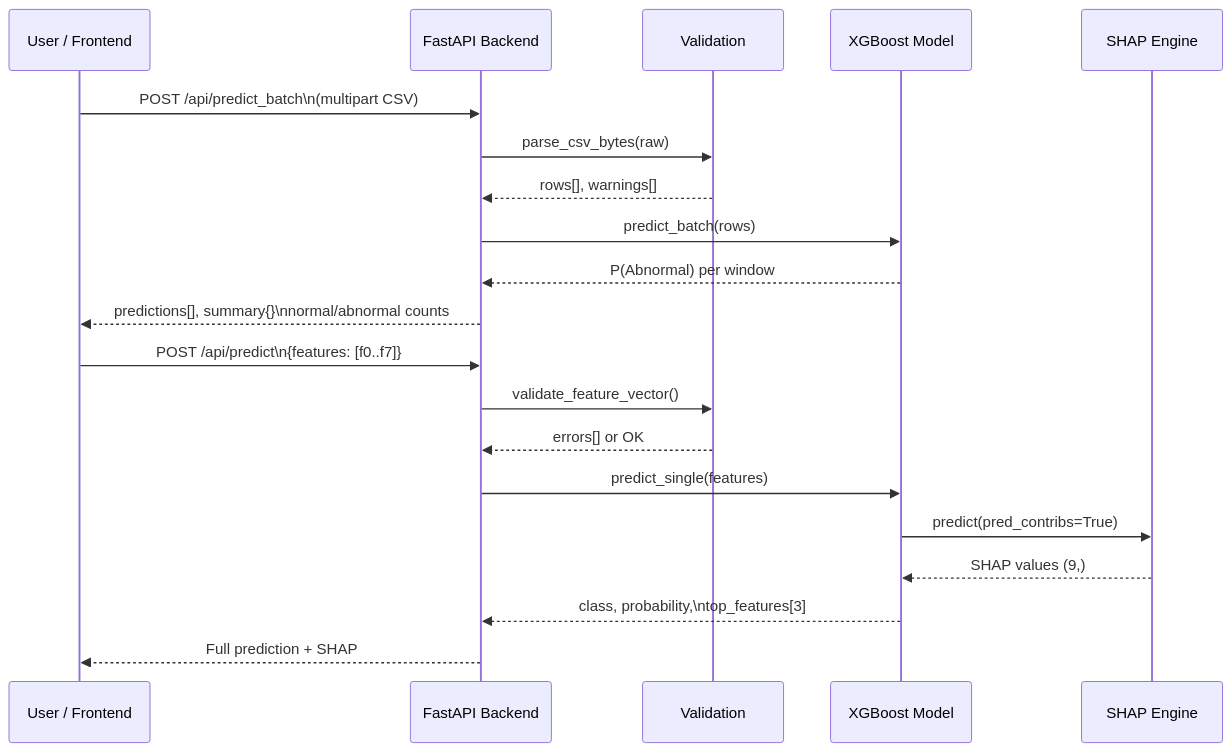
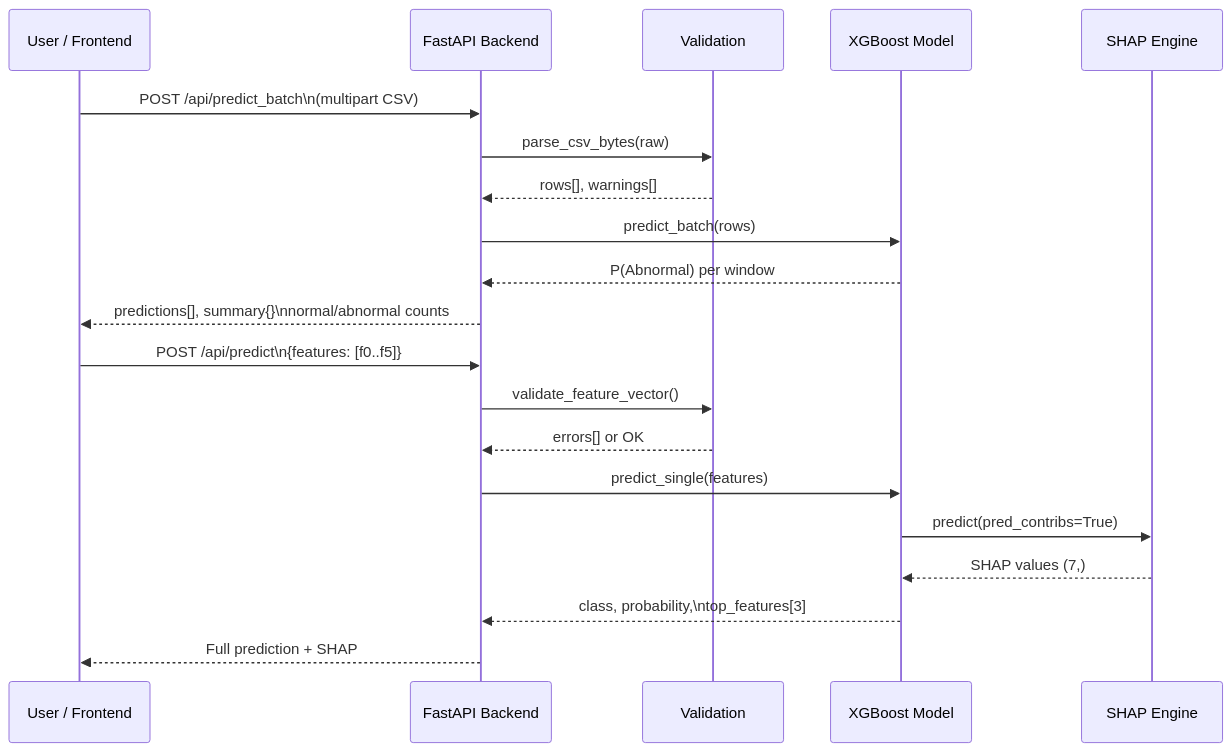
One commit to eshaansingla/Pran changed the second of 2 diagrams in README.md. Above: the diagram before and after it, drawn with Mermaid. The commit also changed other lines of this file and 4 other files, not shown here.

````diff
--- a/README.md
+++ b/README.md
@@ -155,24 +155,24 @@
 ```mermaid
 sequenceDiagram
     participant U as User / Frontend
     participant F as FastAPI Backend
     participant V as Validation
     participant M as XGBoost Model
     participant S as SHAP Engine
 
     U->>F: POST /api/predict_batch\n(multipart CSV)
     F->>V: parse_csv_bytes(raw)
     V-->>F: rows[], warnings[]
     F->>M: predict_batch(rows)
     M-->>F: P(Abnormal) per window
     F-->>U: predictions[], summary{}\nnormal/abnormal counts
 
-    U->>F: POST /api/predict\n{features: [f0..f7]}
+    U->>F: POST /api/predict\n{features: [f0..f5]}
     F->>V: validate_feature_vector()
     V-->>F: errors[] or OK
     F->>M: predict_single(features)
     M->>S: predict(pred_contribs=True)
-    S-->>M: SHAP values (9,)
+    S-->>M: SHAP values (7,)
     M-->>F: class, probability,\ntop_features[3]
     F-->>U: Full prediction + SHAP
 ```
````
